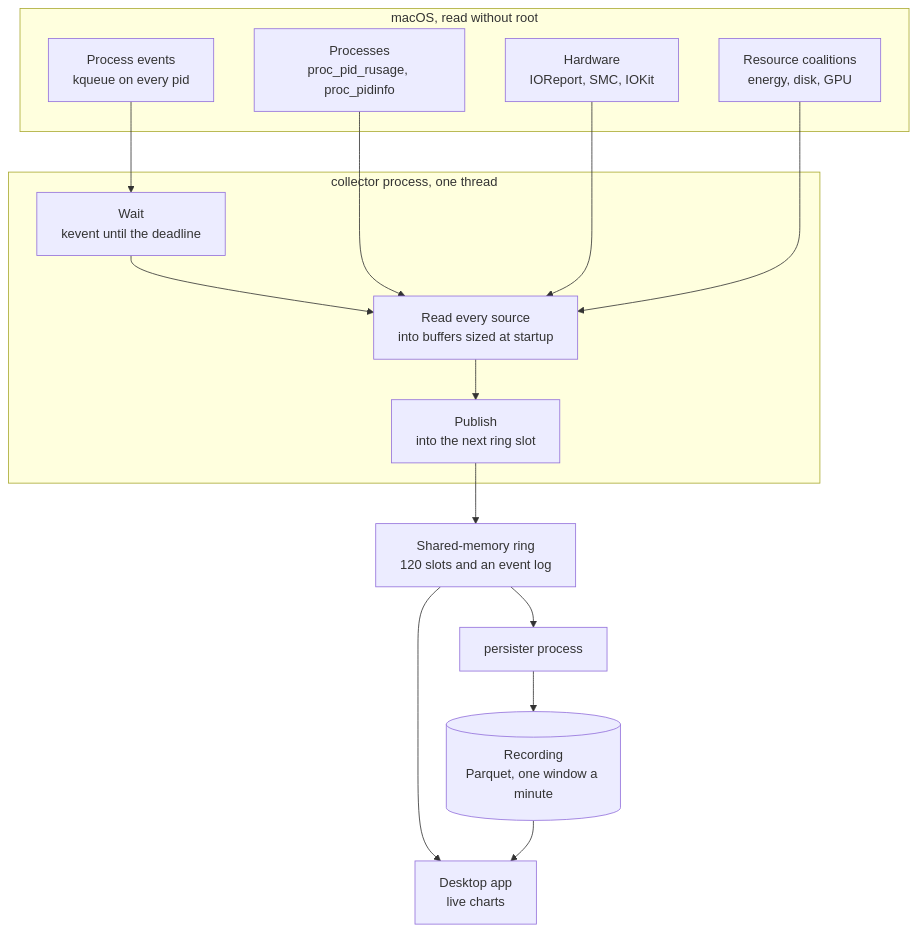
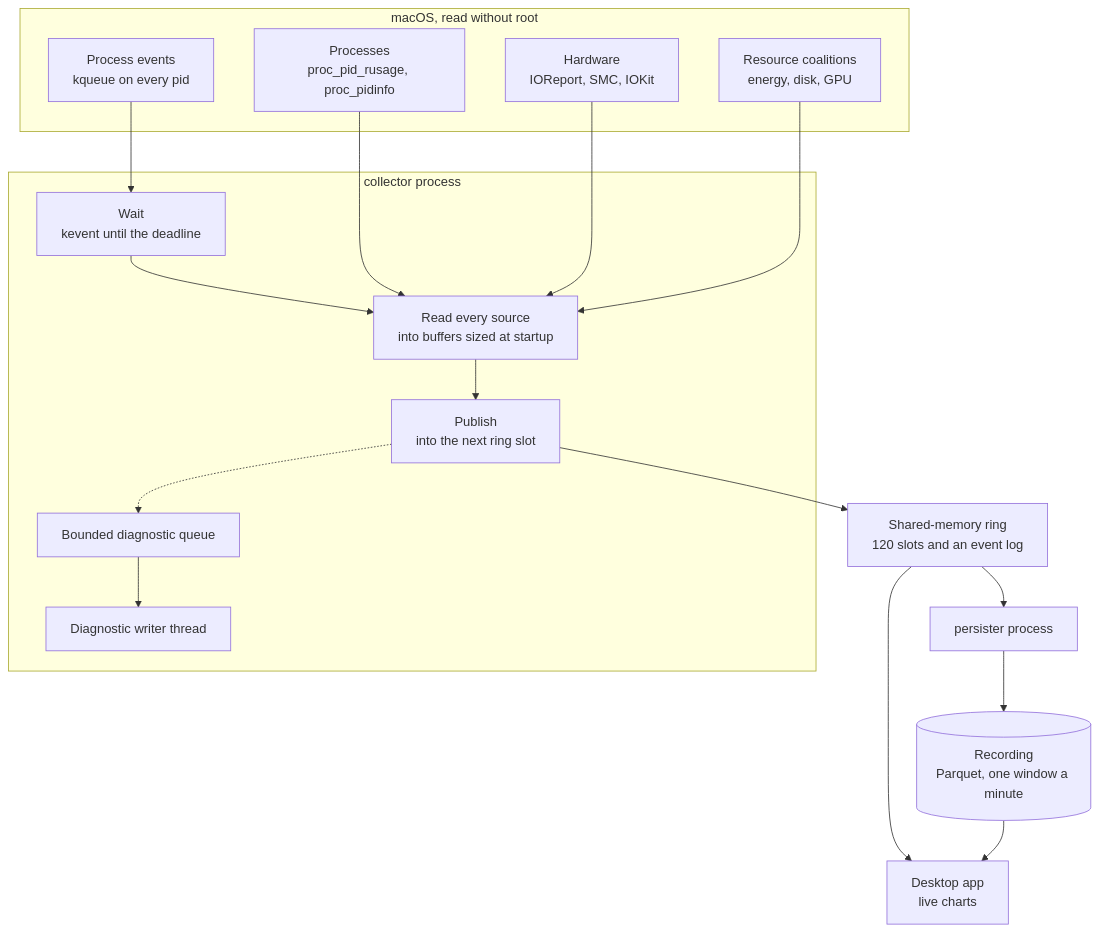
Before and after one commit to joaofnds/flightdeck: the first of 2 diagrams in docs/collector.md, drawn with Mermaid. The commit also changed other lines of this file and 4 other files, not shown here.

````diff
--- a/docs/collector.md
+++ b/docs/collector.md
@@ -14,27 +14,29 @@
 ```mermaid
 flowchart TB
   subgraph macos["macOS, read without root"]
     procs["Processes<br/>proc_pid_rusage, proc_pidinfo"]
     events["Process events<br/>kqueue on every pid"]
     hw["Hardware<br/>IOReport, SMC, IOKit"]
     coal["Resource coalitions<br/>energy, disk, GPU"]
   end
 
-  subgraph collector["collector process, one thread"]
+  subgraph collector["collector process"]
     wait["Wait<br/>kevent until the deadline"]
     read["Read every source<br/>into buffers sized at startup"]
     publish["Publish<br/>into the next ring slot"]
     wait --> read --> publish
+    reports["Bounded diagnostic queue"] --> output["Diagnostic writer thread"]
+    publish -.-> reports
   end
 
   procs --> read
   hw --> read
   coal --> read
   events --> wait
 
   publish --> ring["Shared-memory ring<br/>120 slots and an event log"]
   ring --> persister["persister process"]
   ring --> app["Desktop app<br/>live charts"]
   persister --> recording[("Recording<br/>Parquet, one window a minute")]
   recording --> app
 ```
````
